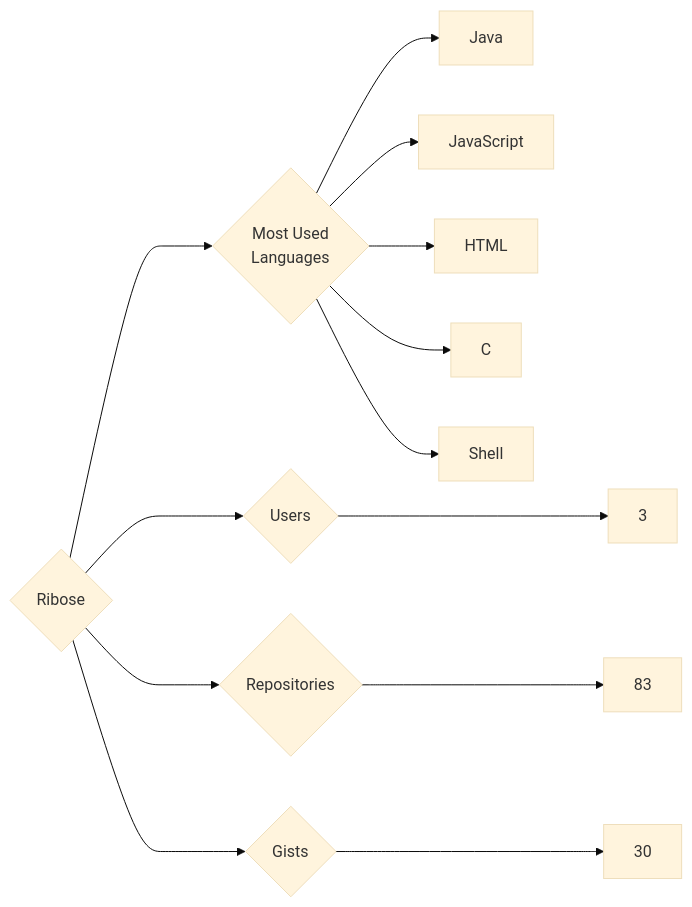
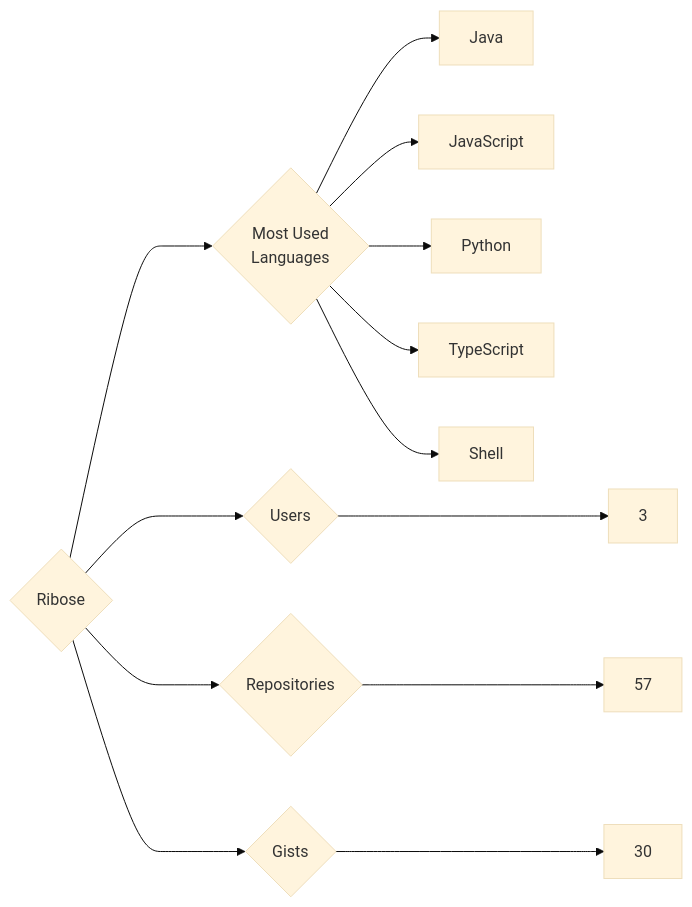
Before and after one commit to trickest/insiders: the diagram in targets/Ribose/README.md, drawn with Mermaid (base theme). The commit also changed 860 other files, not shown here.

````diff
--- a/targets/Ribose/README.md
+++ b/targets/Ribose/README.md
@@ -3,13 +3,13 @@
 ```mermaid
 graph LR
 COMPANY_NAME{Ribose}
 COMPANY_NAME ---> U{Users} ---> UN[3]
-COMPANY_NAME ---> R{Repositories} ---> RN[83]
+COMPANY_NAME ---> R{Repositories} ---> RN[57]
 COMPANY_NAME ---> G{Gists} ---> GN[30]
 COMPANY_NAME ---> ML{Most Used<br>Languages}
 ML --> Java[Java]
 ML --> JavaScript[JavaScript]
-ML --> HTML[HTML]
-ML --> C[C]
+ML --> Python[Python]
+ML --> TypeScript[TypeScript]
 ML --> Shell[Shell]
 ```
````
